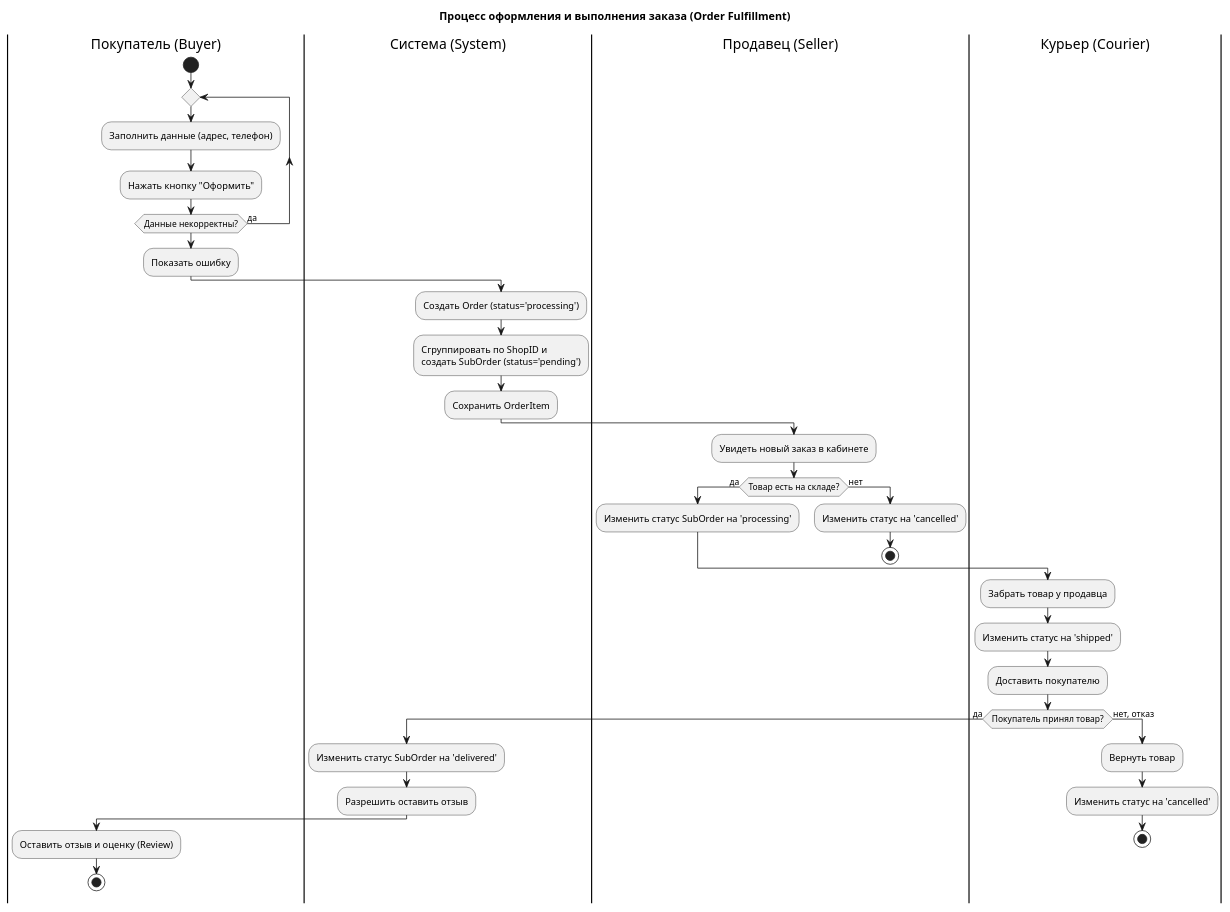
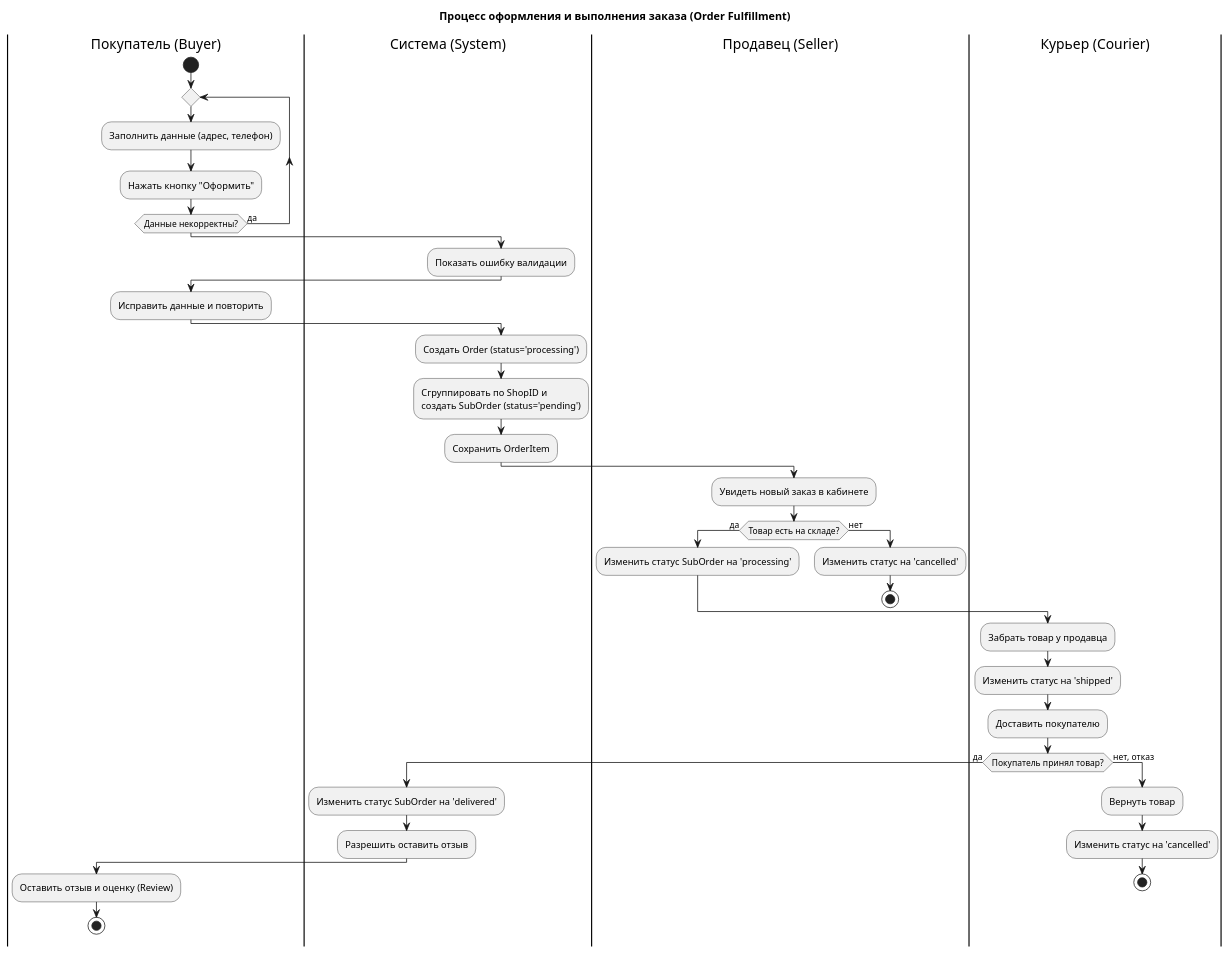
The diagram in docs/04-behavior/activity-order.puml (SocLord/marketplace), drawn with PlantUML before and after one commit. The commit also changed 2 other files, not shown here.

```diff
--- a/docs/04-behavior/activity-order.puml
+++ b/docs/04-behavior/activity-order.puml
@@ -1,45 +1,50 @@
 @startuml activity-order
 title Процесс оформления и выполнения заказа (Order Fulfillment)
 
 |Покупатель (Buyer)|
 start
 repeat
   :Заполнить данные (адрес, телефон);
   :Нажать кнопку "Оформить";
 repeat while (Данные некорректны?) is (да)
-  :Показать ошибку;
+
+|Система (System)|
+  :Показать ошибку валидации;
+
+|Покупатель (Buyer)|
+  :Исправить данные и повторить;
 
 |Система (System)|
   :Создать Order (status='processing');
   :Сгруппировать по ShopID и \nсоздать SubOrder (status='pending');
   :Сохранить OrderItem;
 
 |Продавец (Seller)|
   :Увидеть новый заказ в кабинете;
   if (Товар есть на складе?) then (да)
     :Изменить статус SubOrder на 'processing';
   else (нет)
     :Изменить статус на 'cancelled';
     stop
   endif
 
 |Курьер (Courier)|
   :Забрать товар у продавца;
   :Изменить статус на 'shipped';
   :Доставить покупателю;
   
   if (Покупатель принял товар?) then (да)
     |Система (System)|
       :Изменить статус SubOrder на 'delivered';
       :Разрешить оставить отзыв;
     |Покупатель (Buyer)|
       :Оставить отзыв и оценку (Review);
     stop
   else (нет, отказ)
     |Курьер (Courier)|
       :Вернуть товар;
       :Изменить статус на 'cancelled';
     stop
   endif
 
 @enduml
```
